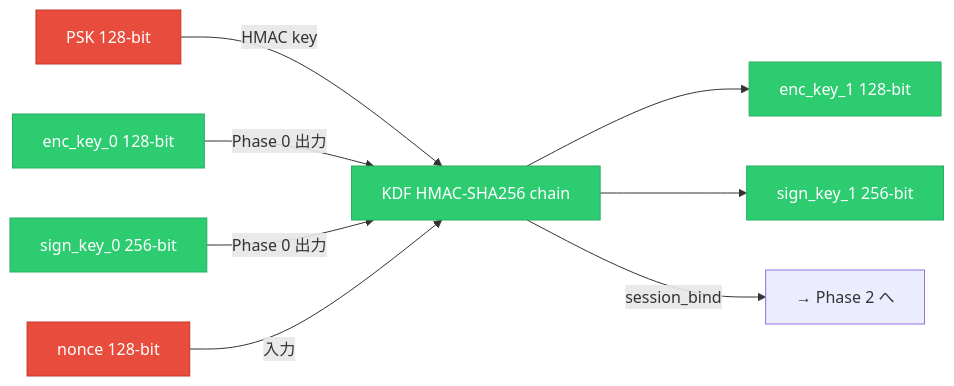
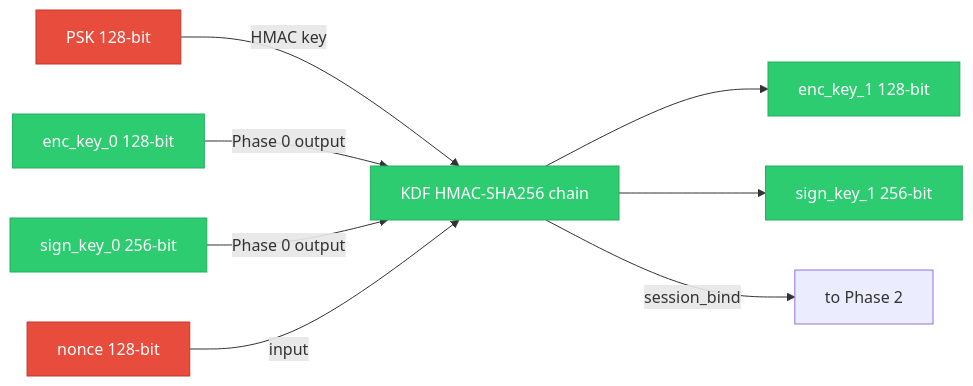
One commit to qtmleap/revkit changed the fourth of 9 diagrams in docs/spec/msl_key_relationship.md. Above: the diagram before and after it, drawn with Mermaid. The commit also changed other lines of this file, not shown here.

First line of the commit message:
docs(spec): Mermaid 図のラベルを全て英語に変更

````diff
--- a/docs/spec/msl_key_relationship.md
+++ b/docs/spec/msl_key_relationship.md
@@ -83,18 +83,18 @@
 ```mermaid
 graph LR
     PSK["PSK 128-bit"] -->|HMAC key| KDF["KDF HMAC-SHA256 chain"]
-    MGK_ENC["enc_key_0 128-bit"] -->|Phase 0 出力| KDF
-    MGK_SIGN["sign_key_0 256-bit"] -->|Phase 0 出力| KDF
-    NONCE["nonce 128-bit"] -->|入力| KDF
+    MGK_ENC["enc_key_0 128-bit"] -->|Phase 0 output| KDF
+    MGK_SIGN["sign_key_0 256-bit"] -->|Phase 0 output| KDF
+    NONCE["nonce 128-bit"] -->|input| KDF
     KDF --> ENC1["enc_key_1 128-bit"]
     KDF --> SIGN1["sign_key_1 256-bit"]
-    KDF -->|session_bind| SB["→ Phase 2 へ"]
+    KDF -->|session_bind| SB["to Phase 2"]
 
     style PSK fill:#e74c3c,stroke:#c0392b,color:#fff
     style NONCE fill:#e74c3c,stroke:#c0392b,color:#fff
     style MGK_ENC fill:#2ecc71,stroke:#27ae60,color:#fff
     style MGK_SIGN fill:#2ecc71,stroke:#27ae60,color:#fff
     style KDF fill:#2ecc71,stroke:#27ae60,color:#fff
     style ENC1 fill:#2ecc71,stroke:#27ae60,color:#fff
     style SIGN1 fill:#2ecc71,stroke:#27ae60,color:#fff
 ```
````
